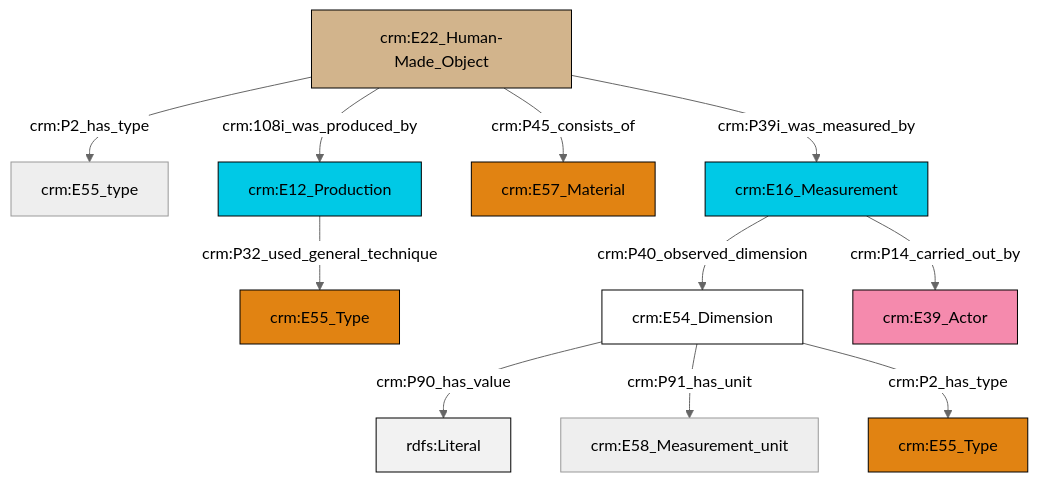
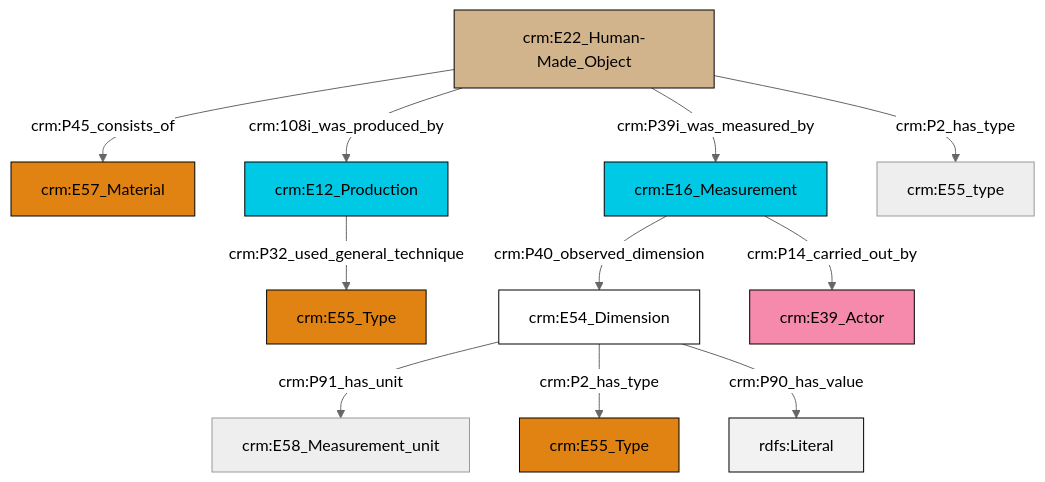
The diagram in et/builtWorkCSV/ttl/mmd/Built_Work_substance.ttl.mmd (swiss-art-research-net/reference-data-models), drawn with Mermaid (neutral theme) before and after one commit. The commit also changed 128 other files, not shown here.

```diff
--- a/et/builtWorkCSV/ttl/mmd/Built_Work_substance.ttl.mmd
+++ b/et/builtWorkCSV/ttl/mmd/Built_Work_substance.ttl.mmd
@@ -1,25 +1,25 @@
 graph TD
 classDef Literal fill:#f2f2f2,stroke:#000000;
 classDef CRM_Entity fill:#FFFFFF,stroke:#000000;
 classDef Temporal_Entity fill:#00C9E6, stroke:#000000;
 classDef Type fill:#E18312, stroke:#000000;
 classDef Time-Span fill:#2C9C91, stroke:#000000;
 classDef Appellation fill:#FFEB7F, stroke:#000000;
 classDef Place fill:#008836, stroke:#000000;
 classDef Persistent_Item fill:#B266B2, stroke:#000000;
 classDef Conceptual_Object fill:#FFD700, stroke:#000000;
 classDef Physical_Thing fill:#D2B48C, stroke:#000000;
 classDef Actor fill:#f58aad, stroke:#000000;
 classDef PC_Classes fill:#4ce600, stroke:#000000;
 classDef Multi fill:#cccccc,stroke:#000000;
 
-0["crm:E22_Human-Made_Object"]:::Physical_Thing -->|crm:P2_has_type| 1["crm:E55_type"]:::Default
-0["crm:E22_Human-Made_Object"]:::Physical_Thing -->|crm:P39i_was_measured_by| 5["crm:E16_Measurement"]:::Temporal_Entity
-6["crm:E54_Dimension"]:::CRM_Entity -->|crm:P90_has_value| 7[rdfs:Literal]:::Literal
-5["crm:E16_Measurement"]:::Temporal_Entity -->|crm:P40_observed_dimension| 6["crm:E54_Dimension"]:::CRM_Entity
-0["crm:E22_Human-Made_Object"]:::Physical_Thing -->|crm:P45_consists_of| 9["crm:E57_Material"]:::Type
-0["crm:E22_Human-Made_Object"]:::Physical_Thing -->|crm:108i_was_produced_by| 11["crm:E12_Production"]:::Temporal_Entity
-6["crm:E54_Dimension"]:::CRM_Entity -->|crm:P91_has_unit| 16["crm:E58_Measurement_unit"]:::Default
-11["crm:E12_Production"]:::Temporal_Entity -->|crm:P32_used_general_technique| 2["crm:E55_Type"]:::Type
-6["crm:E54_Dimension"]:::CRM_Entity -->|crm:P2_has_type| 13["crm:E55_Type"]:::Type
-5["crm:E16_Measurement"]:::Temporal_Entity -->|crm:P14_carried_out_by| 17["crm:E39_Actor"]:::Actor
+0["crm:E22_Human-Made_Object"]:::Physical_Thing -->|crm:P45_consists_of| 1["crm:E57_Material"]:::Type
+0["crm:E22_Human-Made_Object"]:::Physical_Thing -->|crm:108i_was_produced_by| 4["crm:E12_Production"]:::Temporal_Entity
+11["crm:E16_Measurement"]:::Temporal_Entity -->|crm:P40_observed_dimension| 6["crm:E54_Dimension"]:::CRM_Entity
+6["crm:E54_Dimension"]:::CRM_Entity -->|crm:P91_has_unit| 14["crm:E58_Measurement_unit"]:::Default
+11["crm:E16_Measurement"]:::Temporal_Entity -->|crm:P14_carried_out_by| 16["crm:E39_Actor"]:::Actor
+4["crm:E12_Production"]:::Temporal_Entity -->|crm:P32_used_general_technique| 12["crm:E55_Type"]:::Type
+6["crm:E54_Dimension"]:::CRM_Entity -->|crm:P2_has_type| 9["crm:E55_Type"]:::Type
+0["crm:E22_Human-Made_Object"]:::Physical_Thing -->|crm:P39i_was_measured_by| 11["crm:E16_Measurement"]:::Temporal_Entity
+0["crm:E22_Human-Made_Object"]:::Physical_Thing -->|crm:P2_has_type| 2["crm:E55_type"]:::Default
+6["crm:E54_Dimension"]:::CRM_Entity -->|crm:P90_has_value| 20[rdfs:Literal]:::Literal
```
